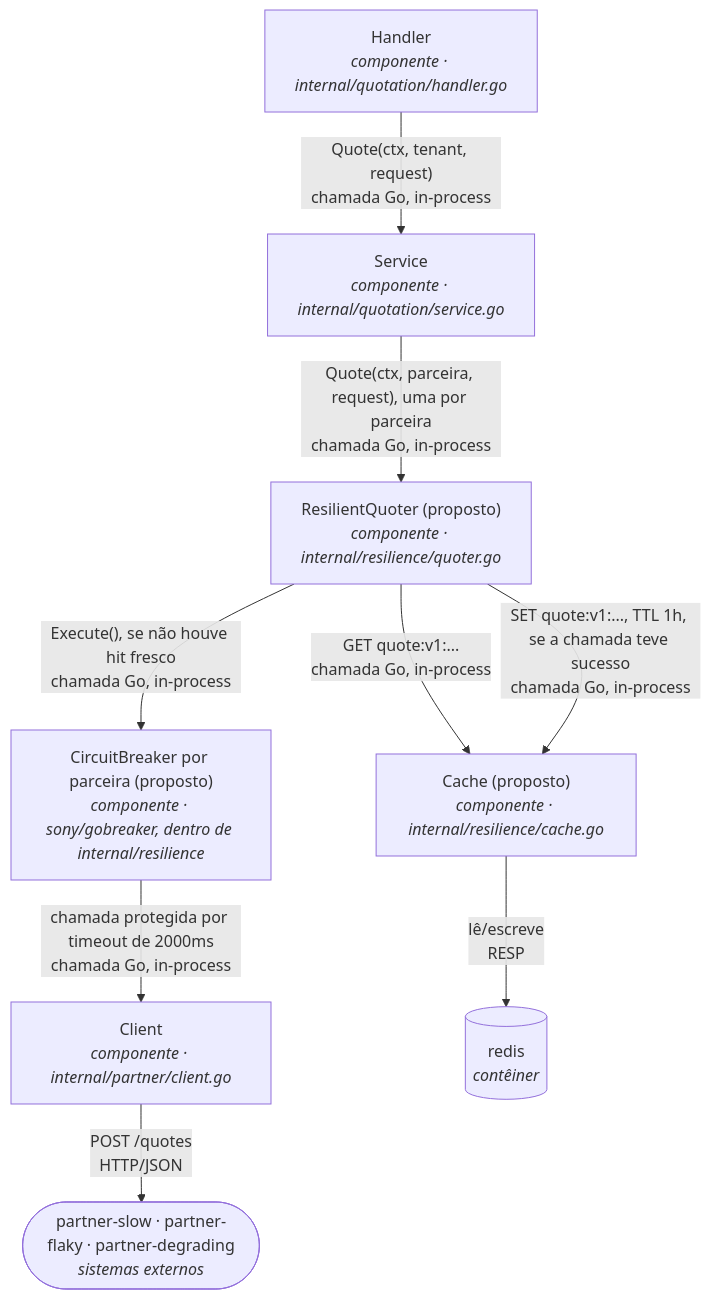
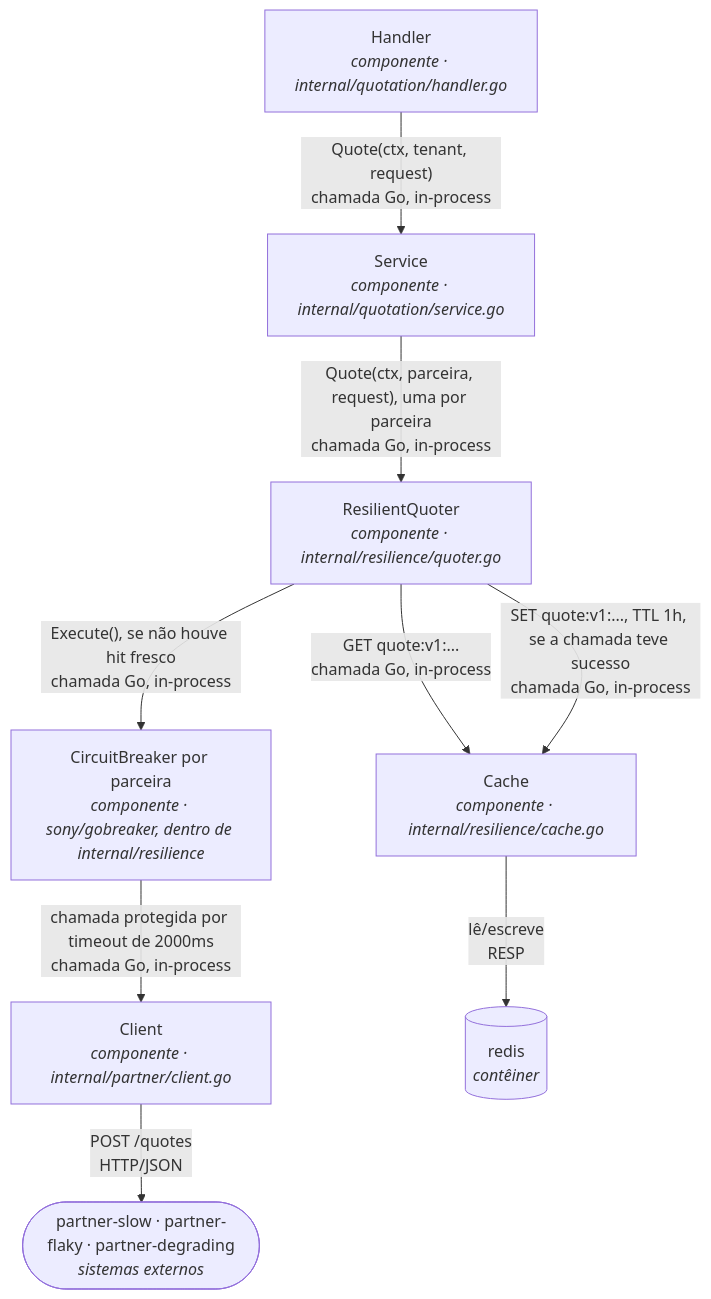
Before and after one commit to Gleuton/mba_arquitetura_desafio_cotacao_seguros: the fourth of 4 diagrams in docs/sad.md, drawn with Mermaid. The commit also changed other lines of this file, not shown here.

Commit message:
docs: update SAD to reflect ResilientQuoter, circuit breaker, and cache implementation; revise metrics and evidence

````diff
--- a/docs/sad.md
+++ b/docs/sad.md
@@ -376,20 +379,20 @@
 ```mermaid
 flowchart TB
   handler["Handler<br/><i>componente · internal/quotation/handler.go</i>"]
   service["Service<br/><i>componente · internal/quotation/service.go</i>"]
-  resilient["ResilientQuoter (proposto)<br/><i>componente · internal/resilience/quoter.go</i>"]
-  breaker["CircuitBreaker por parceira (proposto)<br/><i>componente · sony/gobreaker, dentro de internal/resilience</i>"]
-  cache["Cache (proposto)<br/><i>componente · internal/resilience/cache.go</i>"]
+  resilient["ResilientQuoter<br/><i>componente · internal/resilience/quoter.go</i>"]
+  breaker["CircuitBreaker por parceira<br/><i>componente · sony/gobreaker, dentro de internal/resilience</i>"]
+  cache["Cache<br/><i>componente · internal/resilience/cache.go</i>"]
   client["Client<br/><i>componente · internal/partner/client.go</i>"]
   redis[("redis<br/><i>contêiner</i>")]
   partners(["partner-slow · partner-flaky · partner-degrading<br/><i>sistemas externos</i>"])
 
   handler -- "Quote(ctx, tenant, request)<br/>chamada Go, in-process" --> service
   service -- "Quote(ctx, parceira, request), uma por parceira<br/>chamada Go, in-process" --> resilient
   resilient -- "GET quote:v1:...<br/>chamada Go, in-process" --> cache
   cache -- "lê/escreve<br/>RESP" --> redis
   resilient -- "Execute(), se não houve hit fresco<br/>chamada Go, in-process" --> breaker
   breaker -- "chamada protegida por timeout de 2000ms<br/>chamada Go, in-process" --> client
   client -- "POST /quotes<br/>HTTP/JSON" --> partners
   resilient -- "SET quote:v1:..., TTL 1h, se a chamada teve sucesso<br/>chamada Go, in-process" --> cache
 ```
````
